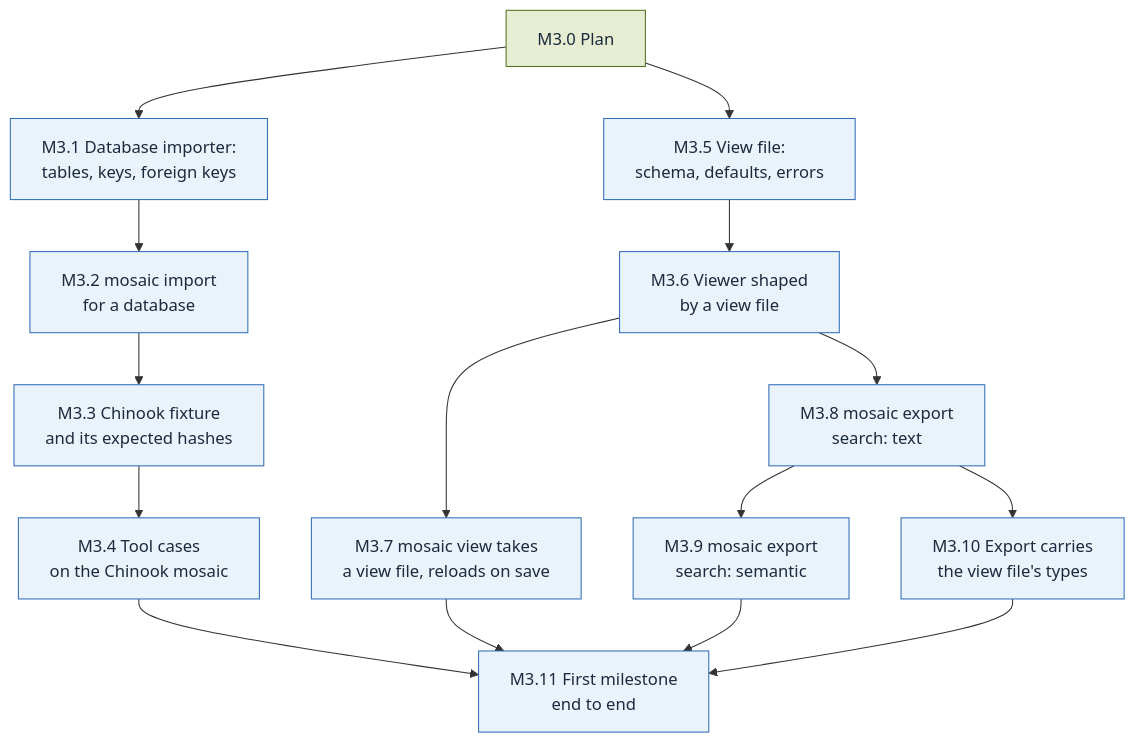
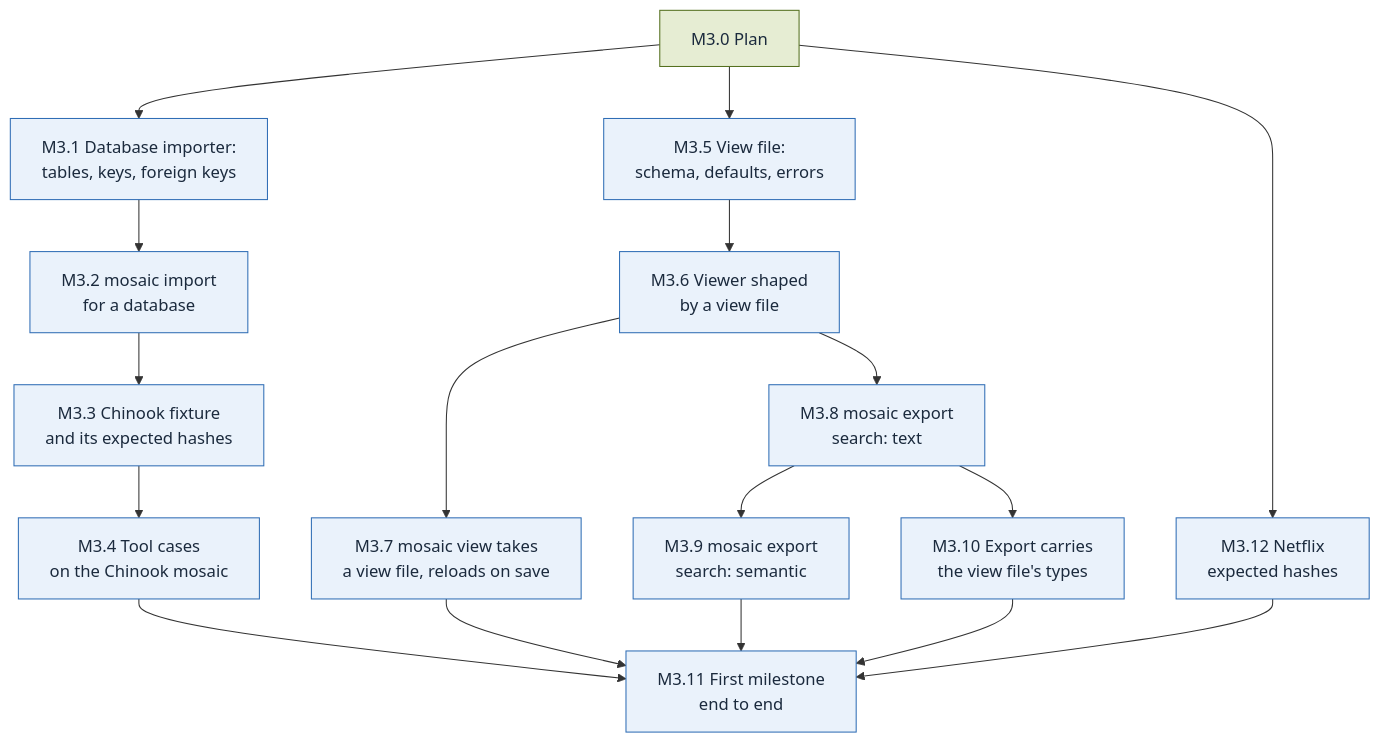
One commit to alcjor/Mosaic changed the diagram in plan/M3.md. Above: the diagram before and after it, drawn with Mermaid. The commit also changed other lines of this file, not shown here.

First line of the commit message:
M3.0: tool cases run in the slow gate, a view file reader, Netflix expected hashes slice

````diff
--- a/plan/M3.md
+++ b/plan/M3.md
@@ -3,34 +3,37 @@
 ```mermaid
 flowchart TD
   M3_0["M3.0 Plan"]
   M3_1["M3.1 Database importer:<br/>tables, keys, foreign keys"]
   M3_2["M3.2 mosaic import<br/>for a database"]
   M3_3["M3.3 Chinook fixture<br/>and its expected hashes"]
   M3_4["M3.4 Tool cases<br/>on the Chinook mosaic"]
   M3_5["M3.5 View file:<br/>schema, defaults, errors"]
   M3_6["M3.6 Viewer shaped<br/>by a view file"]
   M3_7["M3.7 mosaic view takes<br/>a view file, reloads on save"]
   M3_8["M3.8 mosaic export<br/>search: text"]
   M3_9["M3.9 mosaic export<br/>search: semantic"]
   M3_10["M3.10 Export carries<br/>the view file's types"]
   M3_11["M3.11 First milestone<br/>end to end"]
+  M3_12["M3.12 Netflix<br/>expected hashes"]
   M3_0 --> M3_1
   M3_1 --> M3_2
   M3_2 --> M3_3
   M3_3 --> M3_4
   M3_0 --> M3_5
   M3_5 --> M3_6
   M3_6 --> M3_7
   M3_6 --> M3_8
   M3_8 --> M3_9
   M3_8 --> M3_10
   M3_4 --> M3_11
   M3_7 --> M3_11
   M3_9 --> M3_11
   M3_10 --> M3_11
+  M3_0 --> M3_12
+  M3_12 --> M3_11
   classDef done fill:#E6EDD3,stroke:#55701F,color:#1B2A3D
   classDef todo fill:#EAF2FB,stroke:#2F6DB5,color:#1B2A3D
   classDef parked fill:#FCEFCF,stroke:#F2B630,color:#1B2A3D
   class M3_0 done
-  class M3_1,M3_2,M3_3,M3_4,M3_5,M3_6,M3_7,M3_8,M3_9,M3_10,M3_11 todo
+  class M3_1,M3_2,M3_3,M3_4,M3_5,M3_6,M3_7,M3_8,M3_9,M3_10,M3_11,M3_12 todo
 ```
````
